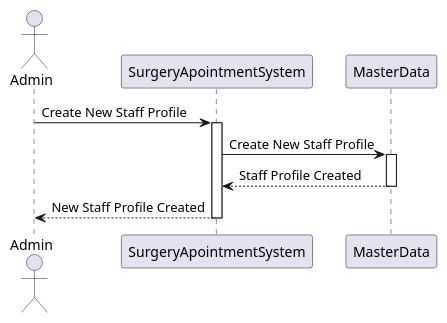
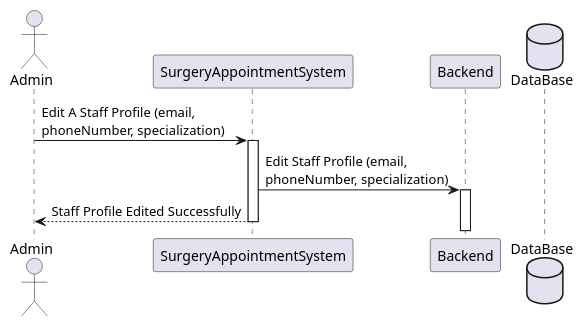
The diagram in docs/Sprint 1/US 5.1.13/SequenceDiagram/Level2/SequenceDiagram.puml (MateusCabral2004/sem5pi), drawn with PlantUML before and after one commit. The commit also changed 11 other files, not shown here.

Commit message:
#15 SequenceDiagram: Level1,2,3

```diff
--- a/docs/Sprint 1/US 5.1.13/SequenceDiagram/Level2/SequenceDiagram.puml
+++ b/docs/Sprint 1/US 5.1.13/SequenceDiagram/Level2/SequenceDiagram.puml
@@ -1,19 +1,19 @@
 @startuml
 actor Admin
-participant SurgeryApointmentSystem
-participant MasterData
+participant SurgeryAppointmentSystem
+participant Backend
+database DataBase
 
 
-Admin -> SurgeryApointmentSystem : Create New Staff Profile
-activate SurgeryApointmentSystem
+Admin -> SurgeryAppointmentSystem : Edit A Staff Profile (email, \nphoneNumber, specialization)
+activate SurgeryAppointmentSystem
 
-SurgeryApointmentSystem -> MasterData : Create New Staff Profile
-activate MasterData
+SurgeryAppointmentSystem -> Backend : Edit Staff Profile (email, \nphoneNumber, specialization)
+activate Backend
 
-MasterData --> SurgeryApointmentSystem : Staff Profile Created
-deactivate MasterData
 
-SurgeryApointmentSystem --> Admin : New Staff Profile Created
-deactivate SurgeryApointmentSystem
+
+SurgeryAppointmentSystem --> Admin : Staff Profile Edited Successfully
+deactivate SurgeryAppointmentSystem
 
 @enduml
```
